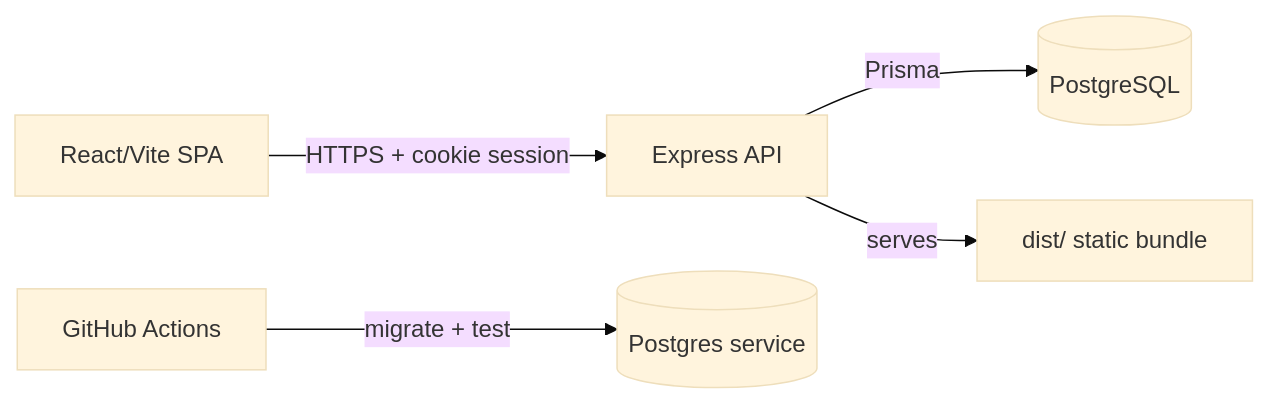
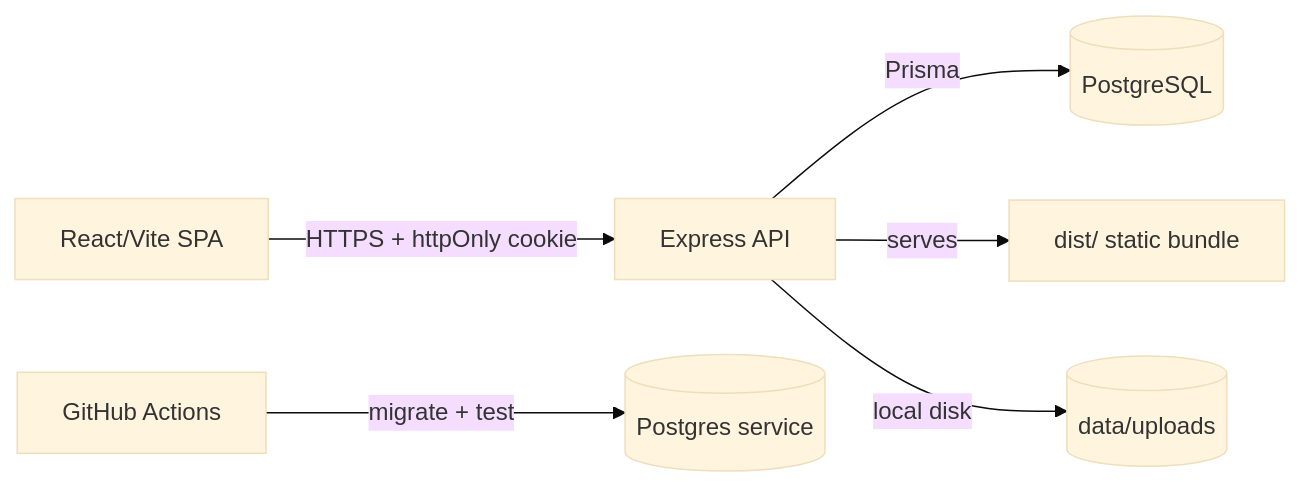
One commit to peterisaac-00/sanad changed the diagram in README.md. Above: the diagram before and after it, drawn with Mermaid (base theme). The commit also changed other lines of this file and 89 other files, not shown here.

````diff
--- a/README.md
+++ b/README.md
@@ -9,7 +25,8 @@
 ```mermaid
 flowchart LR
-  Browser[React/Vite SPA] -->|HTTPS + cookie session| API[Express API]
+  Browser[React/Vite SPA] -->|HTTPS + httpOnly cookie| API[Express API]
   API -->|Prisma| PG[(PostgreSQL)]
   API -->|serves| SPA2[dist/ static bundle]
+  API -->|local disk| Media[(data/uploads)]
   CI[GitHub Actions] -->|migrate + test| PGtest[(Postgres service)]
 ```
````
